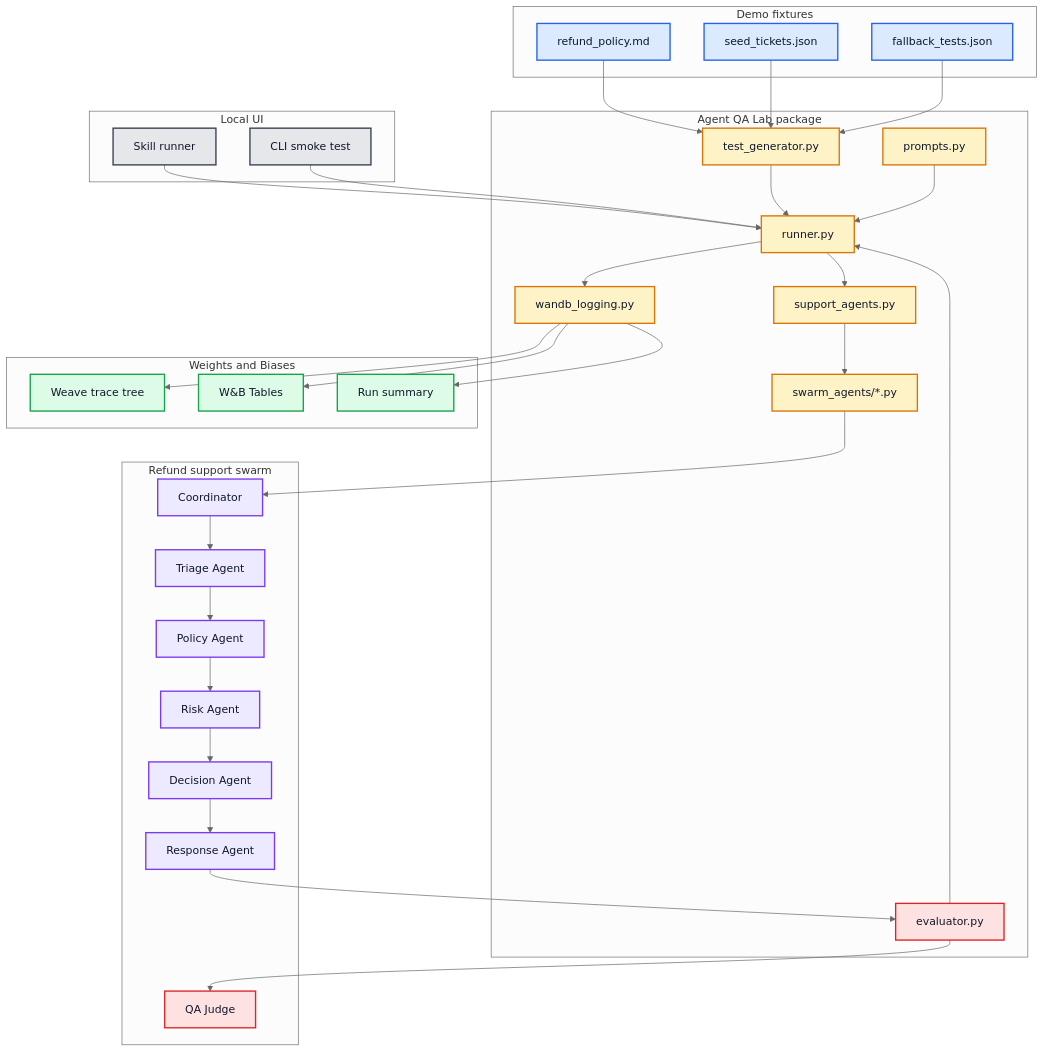
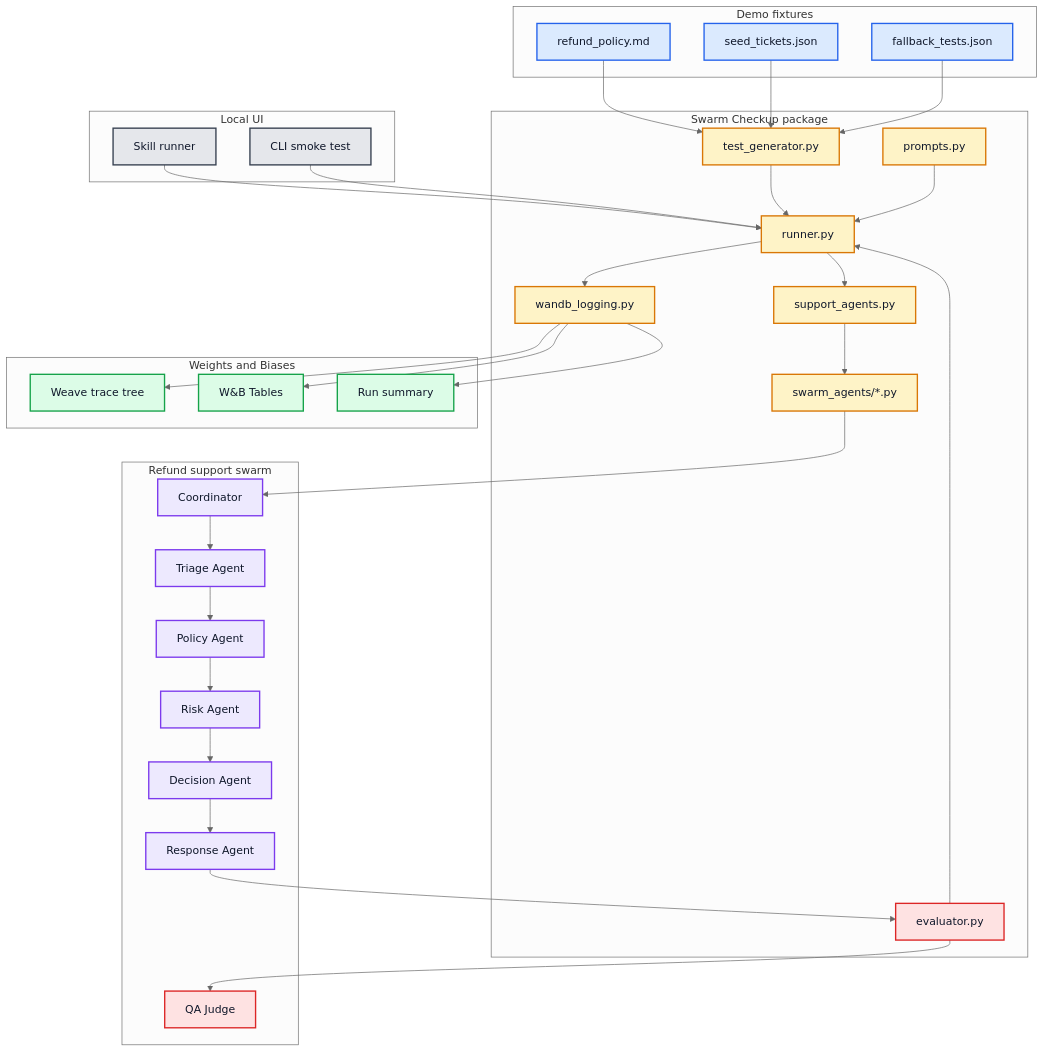
The second of 2 diagrams in docs/how-it-works.md (vyahhi/swarm-checkup), drawn with Mermaid (neutral theme) before and after one commit. The commit also changed other lines of this file and 19 other files, not shown here.

Commit message:
Rename project to Swarm Checkup

````diff
--- a/docs/how-it-works.md
+++ b/docs/how-it-works.md
@@ -78,71 +78,71 @@
 ```mermaid
 flowchart TB
     subgraph UI[Local UI]
         S[Skill runner]
         CLI[CLI smoke test]
     end
 
     subgraph Data[Demo fixtures]
         Policy[refund_policy.md]
         Seeds[seed_tickets.json]
         Tests[fallback_tests.json]
     end
 
-    subgraph Core[Agent QA Lab package]
+    subgraph Core[Swarm Checkup package]
         TG[test_generator.py]
         Runner[runner.py]
         Orchestrator[support_agents.py]
         Agents[swarm_agents/*.py]
         Eval[evaluator.py]
         Prompts[prompts.py]
         Log[wandb_logging.py]
     end
 
     subgraph AgentWorkflow[Refund support swarm]
         Coord[Coordinator]
         Triage[Triage Agent]
         Lookup[Policy Agent]
         Risk[Risk Agent]
         Decision[Decision Agent]
         Response[Response Agent]
         Judge[QA Judge]
     end
 
     subgraph WB[Weights and Biases]
         Weave[Weave trace tree]
         Tables[W&B Tables]
         Run[Run summary]
     end
 
     S --> Runner
     CLI --> Runner
     Policy --> TG
     Seeds --> TG
     Tests --> TG
     TG --> Runner
     Prompts --> Runner
     Runner --> Orchestrator
     Orchestrator --> Agents
     Agents --> Coord --> Triage --> Lookup --> Risk --> Decision --> Response
     Response --> Eval
     Eval --> Judge
     Eval --> Runner
     Runner --> Log
     Log --> Weave
     Log --> Tables
     Log --> Run
 
     classDef ui fill:#e5e7eb,stroke:#374151,color:#0f172a,stroke-width:2px
     classDef data fill:#dbeafe,stroke:#2563eb,color:#0f172a,stroke-width:2px
     classDef core fill:#fef3c7,stroke:#d97706,color:#0f172a,stroke-width:2px
     classDef workflow fill:#ede9fe,stroke:#7c3aed,color:#0f172a,stroke-width:2px
     classDef eval fill:#fee2e2,stroke:#dc2626,color:#0f172a,stroke-width:2px
     classDef wandb fill:#dcfce7,stroke:#16a34a,color:#0f172a,stroke-width:2px
 
     class S,CLI ui
     class Policy,Seeds,Tests data
     class TG,Runner,Orchestrator,Agents,Prompts,Log core
     class Coord,Triage,Lookup,Risk,Decision,Response workflow
     class Eval,Judge eval
     class Weave,Tables,Run wandb
 ```
````
